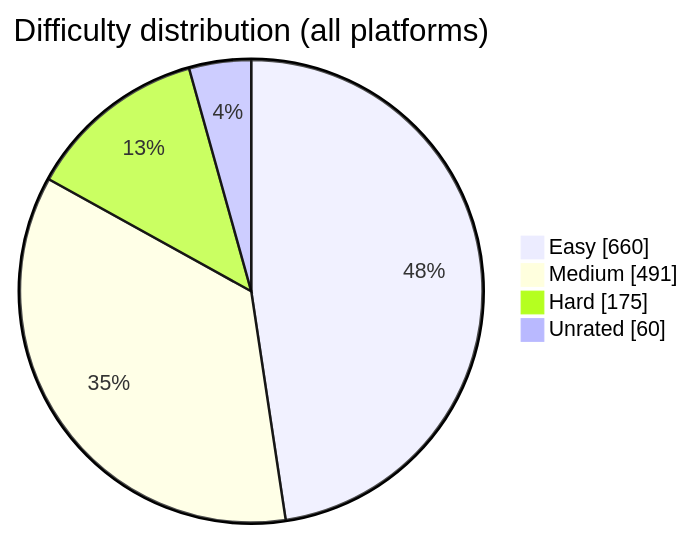
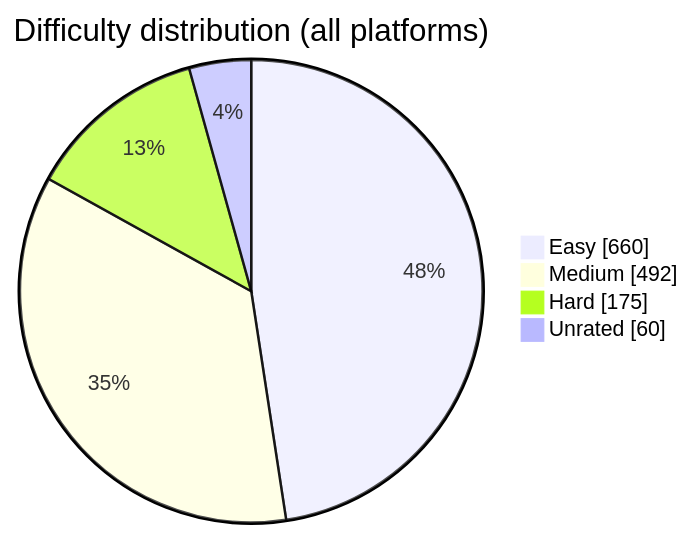
Before and after one commit to BuildbyArindam/Daily-Coding-Log: the diagram in README.md, drawn with Mermaid. The commit also changed other lines of this file, not shown here.

````diff
--- a/README.md
+++ b/README.md
@@ -93,7 +93,7 @@
 ```mermaid
 pie showData title Difficulty distribution (all platforms)
     "Easy" : 660
-    "Medium" : 491
+    "Medium" : 492
     "Hard" : 175
     "Unrated" : 60
 ```
````
